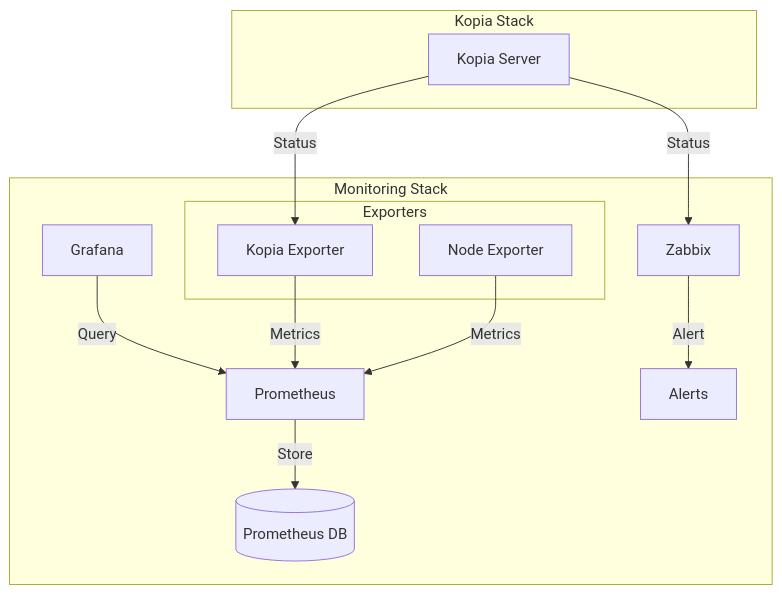
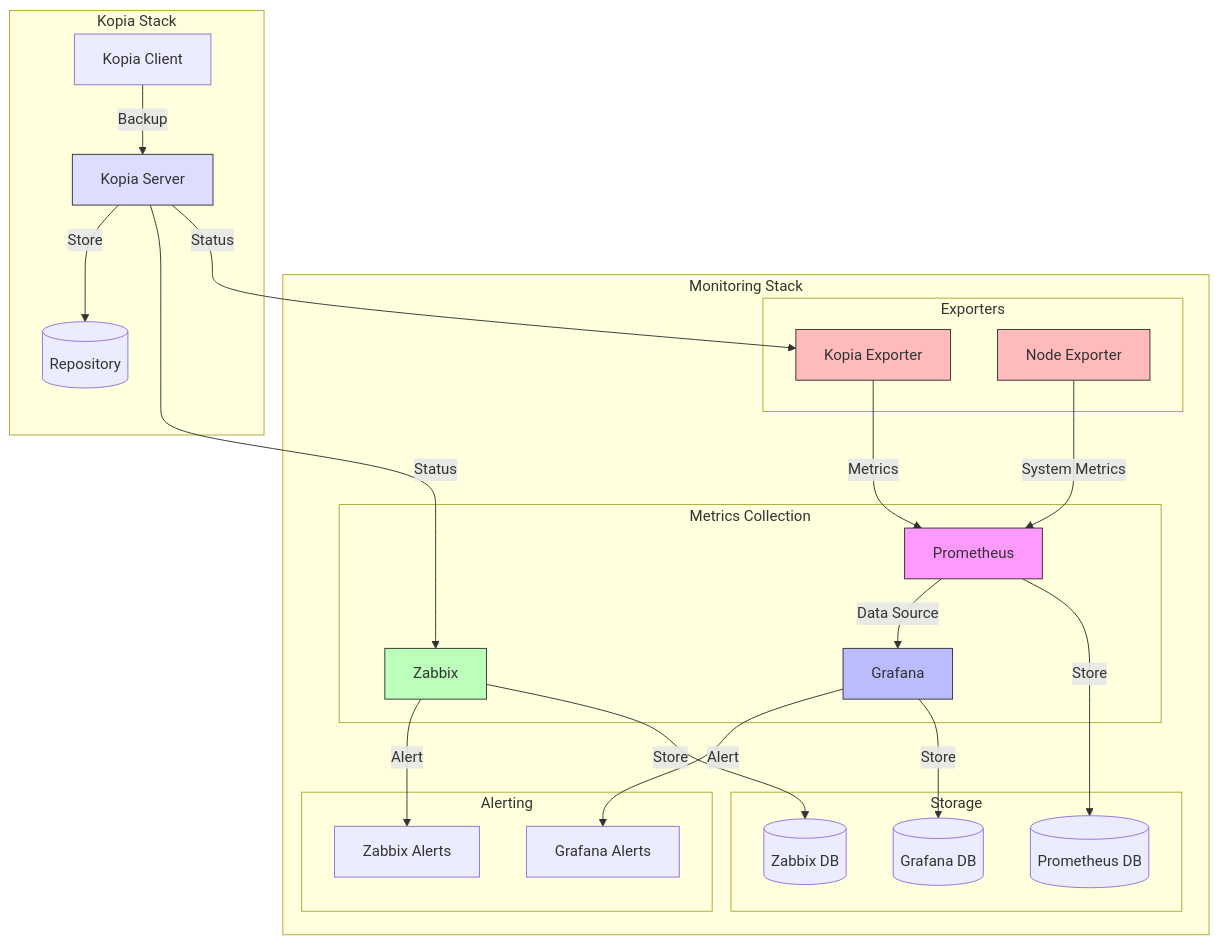
One commit to eblet/kopia-backup-run changed the diagram in monitoring/README.md. Above: the diagram before and after it, drawn with Mermaid. The commit also changed 8 other files, not shown here.

````diff
--- a/monitoring/README.md
+++ b/monitoring/README.md
@@ -11,21 +11,59 @@
 ```mermaid
 graph TB
     subgraph "Monitoring Stack"
-        P[Prometheus] -->|Store| PD[(Prometheus DB)]
-        G[Grafana] -->|Query| P
-        Z[Zabbix] -->|Alert| A[Alerts]
+        subgraph "Metrics Collection"
+            P[Prometheus]
+            G[Grafana]
+            Z[Zabbix]
+        end
+        
+        subgraph "Storage"
+            PD[(Prometheus DB)]
+            GD[(Grafana DB)]
+            ZD[(Zabbix DB)]
+        end
         
         subgraph "Exporters"
             KE[Kopia Exporter]
             NE[Node Exporter]
         end
         
-        KE -->|Metrics| P
-        NE -->|Metrics| P
+        subgraph "Alerting"
+            GA[Grafana Alerts]
+            ZA[Zabbix Alerts]
+        end
     end
 
     subgraph "Kopia Stack"
-        K[Kopia Server] -->|Status| KE
-        K -->|Status| Z
+        KS[Kopia Server]
+        KC[Kopia Client]
+        R[(Repository)]
     end
+
+    %% Metrics Flow
+    KE -->|Metrics| P
+    NE -->|System Metrics| P
+    KS -->|Status| KE
+    P -->|Store| PD
+    
+    %% Visualization
+    P -->|Data Source| G
+    G -->|Store| GD
+    G -->|Alert| GA
+    
+    %% Zabbix Flow
+    KS -->|Status| Z
+    Z -->|Store| ZD
+    Z -->|Alert| ZA
+    
+    %% Kopia Flow
+    KC -->|Backup| KS
+    KS -->|Store| R
+
+    style P fill:#f9f,stroke:#333
+    style G fill:#bbf,stroke:#333
+    style Z fill:#bfb,stroke:#333
+    style KE fill:#fbb,stroke:#333
+    style NE fill:#fbb,stroke:#333
+    style KS fill:#ddf,stroke:#333
 ```
````
